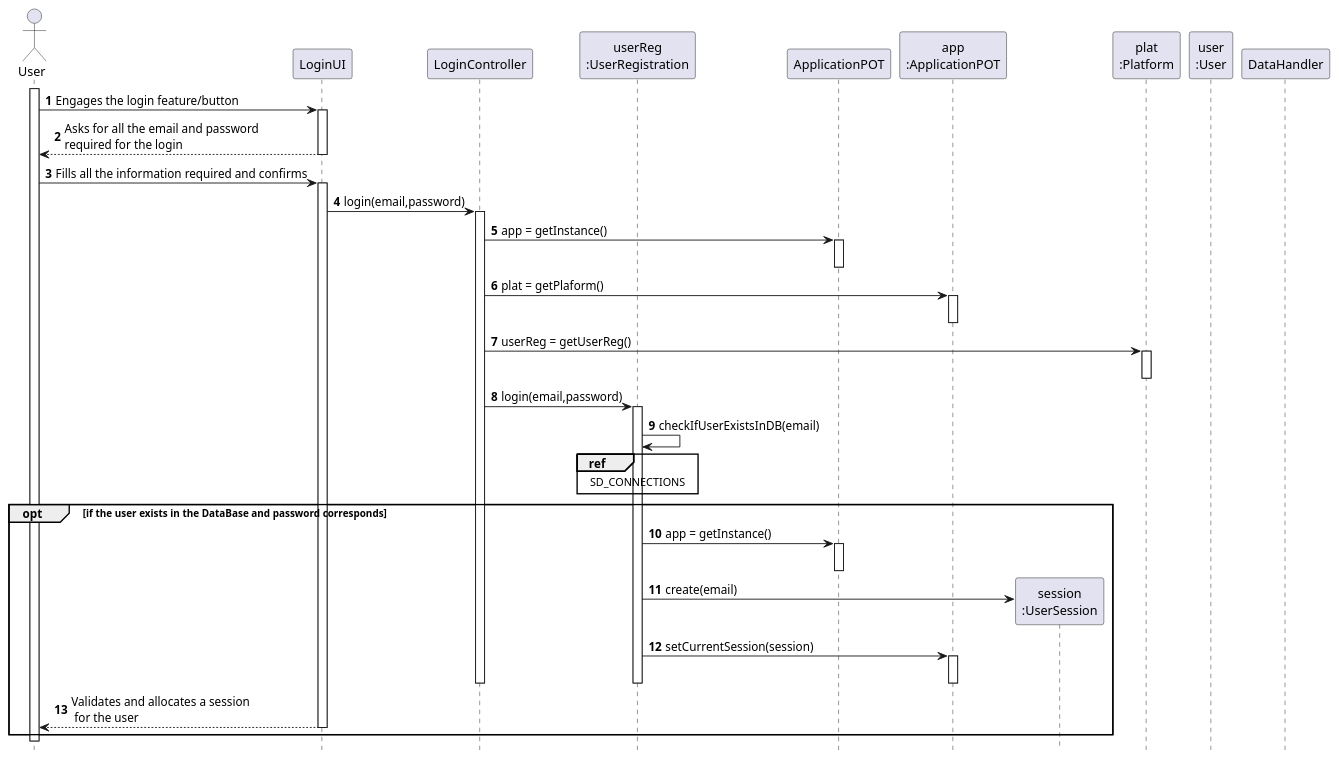
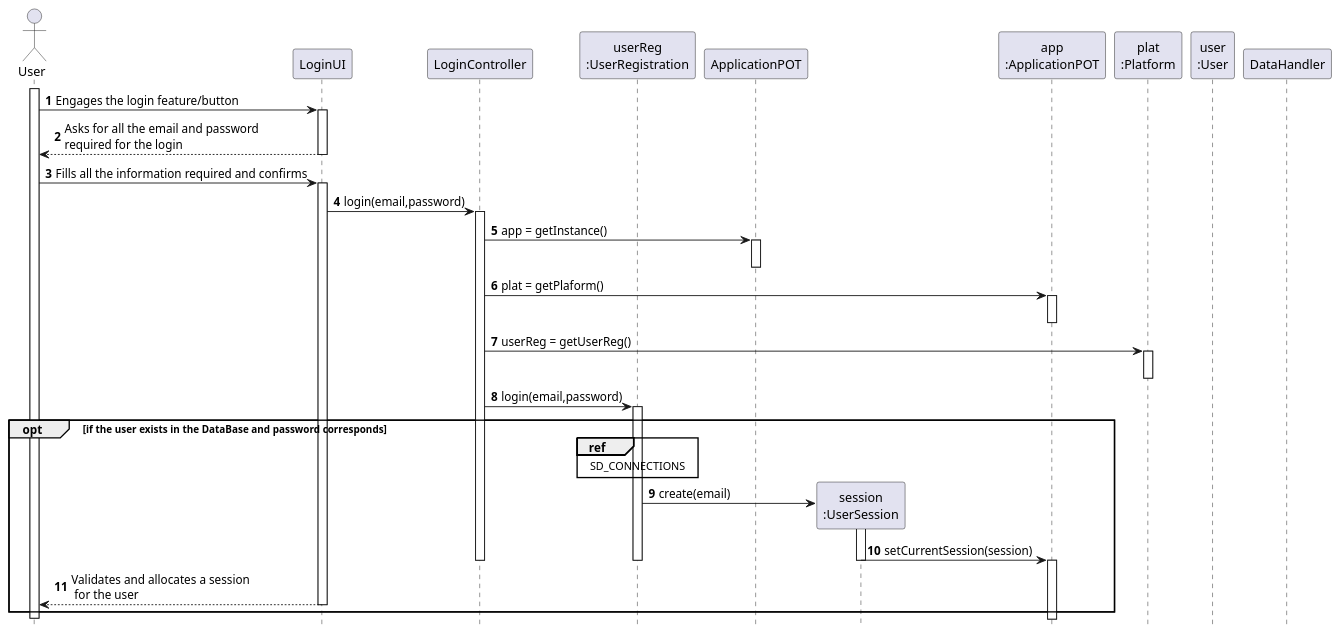
One commit to tiagoavcosta25/LAPR3 changed the diagram in docs/Iteration 1/User Management/US67_Login/US67_SD.puml. Above: the diagram before and after it, drawn with PlantUML. The commit also changed 4 other files, not shown here.

```diff
--- a/docs/Iteration 1/User Management/US67_Login/US67_SD.puml
+++ b/docs/Iteration 1/User Management/US67_Login/US67_SD.puml
@@ -1,82 +1,81 @@
 @startuml
 autonumber
 hide footbox
 
 actor "User" as U
 
 participant "LoginUI" as UI
 participant "LoginController" as CTRL
 
 
 participant "userReg\n:UserRegistration" as UREG
 participant "ApplicationPOT" as _APP
+participant "session\n:UserSession" as SES
 participant "app\n:ApplicationPOT" as APP
-participant "session\n:UserSession" as SES
+
 participant "plat\n:Platform" as PLAT
 participant "user\n:User" as USER
 
 
 participant "DataHandler" as DH
 
 activate U
 
 U -> UI : Engages the login feature/button
 activate UI
 UI --> U : Asks for all the email and password\nrequired for the login
 deactivate UI
 
 U -> UI : Fills all the information required and confirms
 activate UI
 
 UI -> CTRL : login(email,password)
 activate CTRL
 
 CTRL -> _APP: app = getInstance()
 activate _APP
 deactivate _APP
 
 CTRL -> APP: plat = getPlaform()
 activate APP
 deactivate APP
 
 CTRL -> PLAT : userReg = getUserReg()
 activate PLAT
 deactivate PLAT
 
 CTRL -> UREG : login(email,password)
 activate UREG
 
 
-UREG -> UREG : checkIfUserExistsInDB(email)
+
+
+
+opt if the user exists in the DataBase and password corresponds
+
+
+
+
 ref over UREG
 SD_CONNECTIONS
 end ref
-
-opt if the user exists in the DataBase and password corresponds
-
-UREG -> _APP: app = getInstance()
-activate _APP
-deactivate _APP
-
-
-
 UREG -> SES** : create(email)
-
-UREG -> APP : setCurrentSession(session)
-
+activate SES
+SES -> APP : setCurrentSession(session)
+deactivate SES
 
 activate APP
 deactivate APP
 
 deactivate UREG
 
 
 deactivate CTRL
 
 UI --> U : Validates and allocates a session\n for the user
 deactivate UI
 end opt
 deactivate U
 
 
 @enduml
```
